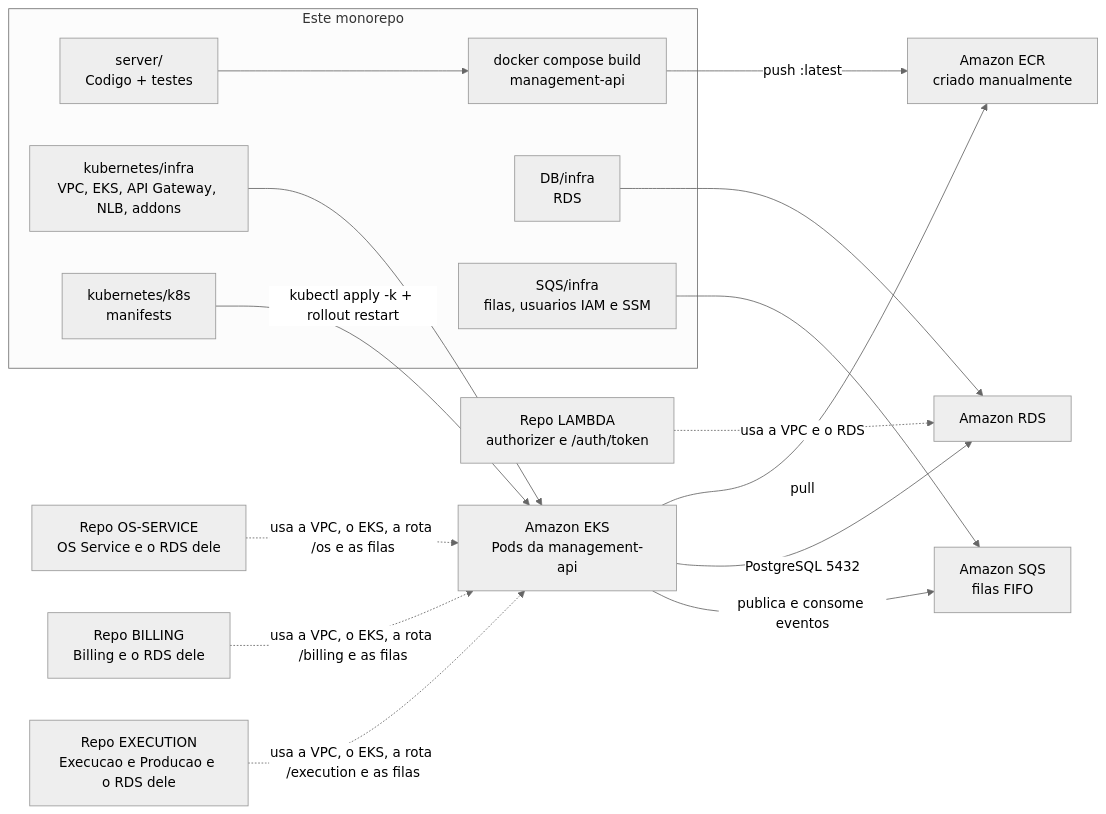
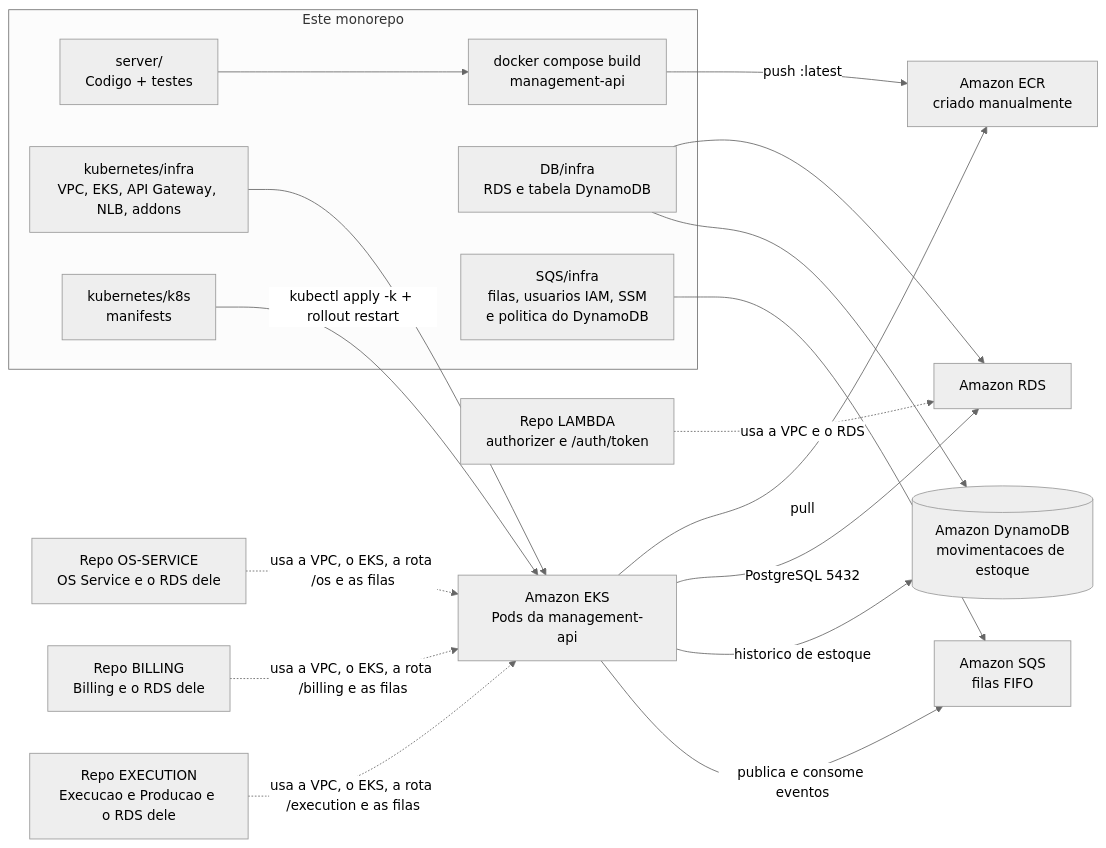
One commit to GuiToniello/tech-challenge-fase-4-MANAGEMENT-soat16-rm374658 changed the second of 3 diagrams in README.md. Above: the diagram before and after it, drawn with Mermaid (neutral theme). The commit also changed other lines of this file and 79 other files, not shown here.

````diff
--- a/README.md
+++ b/README.md
@@ -430,23 +454,25 @@
 ```mermaid
 flowchart LR
   subgraph Mono[Este monorepo]
     Code[server/\nCodigo + testes] --> Image[docker compose build\nmanagement-api]
     Infra[kubernetes/infra\nVPC, EKS, API Gateway, NLB, addons]
-    DBTF[DB/infra\nRDS]
-    SQSTF[SQS/infra\nfilas, usuarios IAM e SSM]
+    DBTF[DB/infra\nRDS e tabela DynamoDB]
+    SQSTF[SQS/infra\nfilas, usuarios IAM, SSM\ne politica do DynamoDB]
     Manifests[kubernetes/k8s\nmanifests]
   end
 
   Image -->|push :latest| ECR[Amazon ECR\ncriado manualmente]
   Infra --> EKS[Amazon EKS\nPods da management-api]
   Manifests -->|kubectl apply -k + rollout restart| EKS
   EKS -->|pull| ECR
   EKS -->|PostgreSQL 5432| RDS[Amazon RDS]
   DBTF --> RDS
+  DBTF --> DDB[(Amazon DynamoDB\nmovimentacoes de estoque)]
+  EKS -->|historico de estoque| DDB
   SQSTF --> SQS[Amazon SQS\nfilas FIFO]
   EKS -->|publica e consome eventos| SQS
   LAMBDA[Repo LAMBDA\nauthorizer e /auth/token] -.->|usa a VPC e o RDS| RDS
   OSREPO[Repo OS-SERVICE\nOS Service e o RDS dele] -.->|usa a VPC, o EKS, a rota /os e as filas| EKS
   BILLREPO[Repo BILLING\nBilling e o RDS dele] -.->|usa a VPC, o EKS, a rota /billing e as filas| EKS
   EXECREPO[Repo EXECUTION\nExecucao e Producao e o RDS dele] -.->|usa a VPC, o EKS, a rota /execution e as filas| EKS
 ```
````
